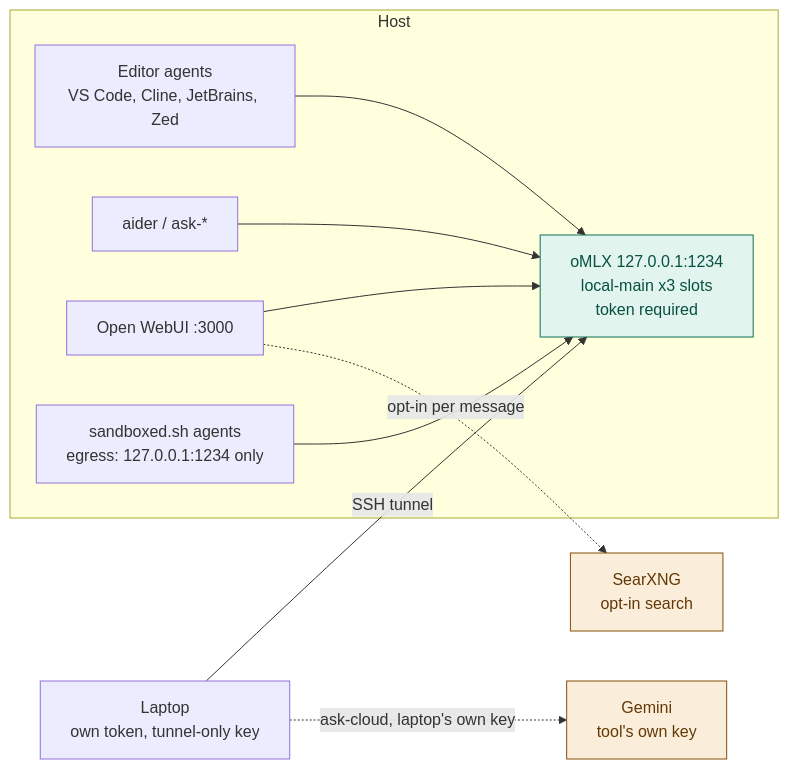
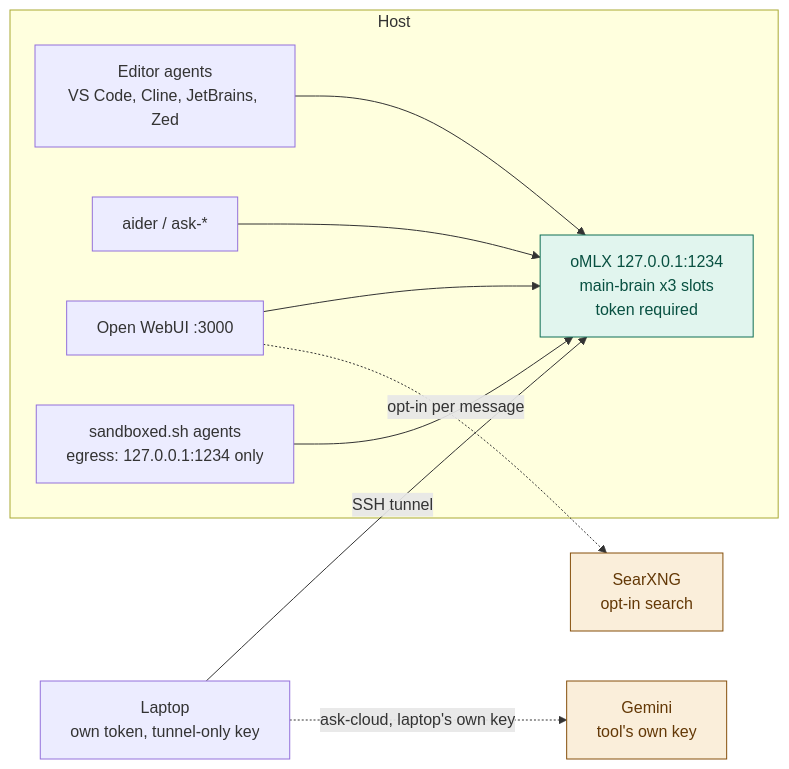
The diagram in README.md (ouster/hearth), drawn with Mermaid before and after one commit. The commit also changed other lines of this file and 38 other files, not shown here.

First line of the commit message:
Rename roles to main-brain, deep-brain and edit-brain, and renumber the cloud ADR.

````diff
--- a/README.md
+++ b/README.md
@@ -31,26 +31,26 @@
 ```mermaid
 flowchart LR
     subgraph host["Host"]
         zed["Editor agents<br/>VS Code, Cline, JetBrains, Zed"]
         aider["aider / ask-*"]
         webui["Open WebUI :3000"]
         sbx["sandboxed.sh agents<br/>egress: 127.0.0.1:1234 only"]
-        srv["oMLX 127.0.0.1:1234<br/>local-main x3 slots<br/>token required"]
+        srv["oMLX 127.0.0.1:1234<br/>main-brain x3 slots<br/>token required"]
     end
     laptop["Laptop<br/>own token, tunnel-only key"]
     cloud["Gemini<br/>tool's own key"]
     searx["SearXNG<br/>opt-in search"]
 
     zed --> srv
     aider --> srv
     webui --> srv
     sbx --> srv
     laptop -->|"SSH tunnel"| srv
     laptop -.->|"ask-cloud, laptop's own key"| cloud
     webui -.->|"opt-in per message"| searx
 
     classDef localCls fill:#E1F5EE,stroke:#0F6E56,color:#085041
     classDef leaveCls fill:#FAEEDA,stroke:#854F0B,color:#633806
     class srv localCls
     class cloud,searx leaveCls
 ```
````
